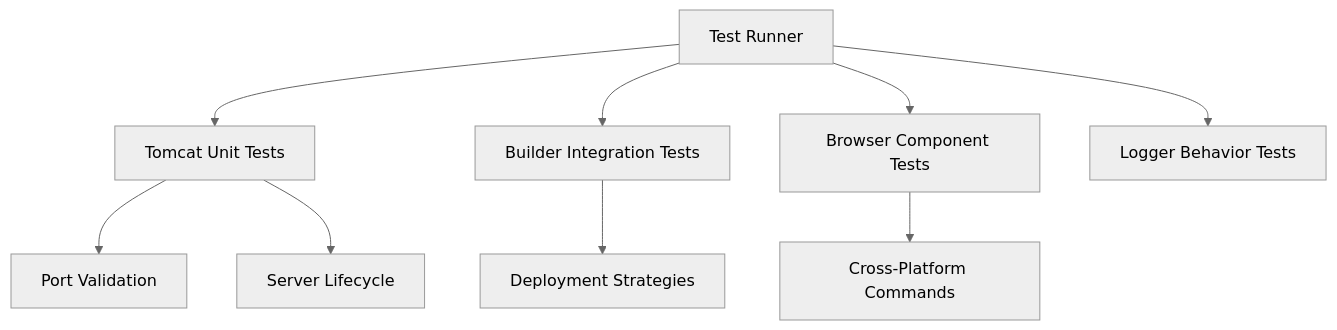
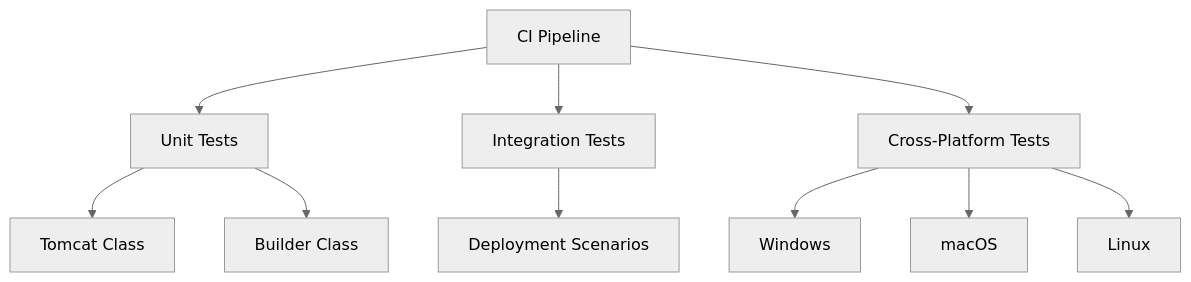
The diagram in docs/TESTING.md (Al-rimi/tomcat), drawn with Mermaid (neutral theme) before and after one commit. The commit also changed other lines of this file and 6 other files, not shown here.

````diff
--- a/docs/TESTING.md
+++ b/docs/TESTING.md
@@ -5,11 +5,12 @@
 ```mermaid
 graph TD
-    A[Test Runner] --> B[Tomcat Unit Tests]
-    A --> C[Builder Integration Tests]
-    A --> D[Browser Component Tests]
-    A --> E[Logger Behavior Tests]
-    B --> F[Port Validation]
-    B --> G[Server Lifecycle]
-    C --> H[Deployment Strategies]
-    D --> I[Cross-Platform Commands]
+    A[CI Pipeline] --> B[Unit Tests]
+    A --> C[Integration Tests]
+    A --> D[Cross-Platform Tests]
+    B --> E[Tomcat Class]
+    B --> F[Builder Class]
+    C --> G[Deployment Scenarios]
+    D --> H[Windows]
+    D --> I[macOS]
+    D --> J[Linux]
 ```
````
